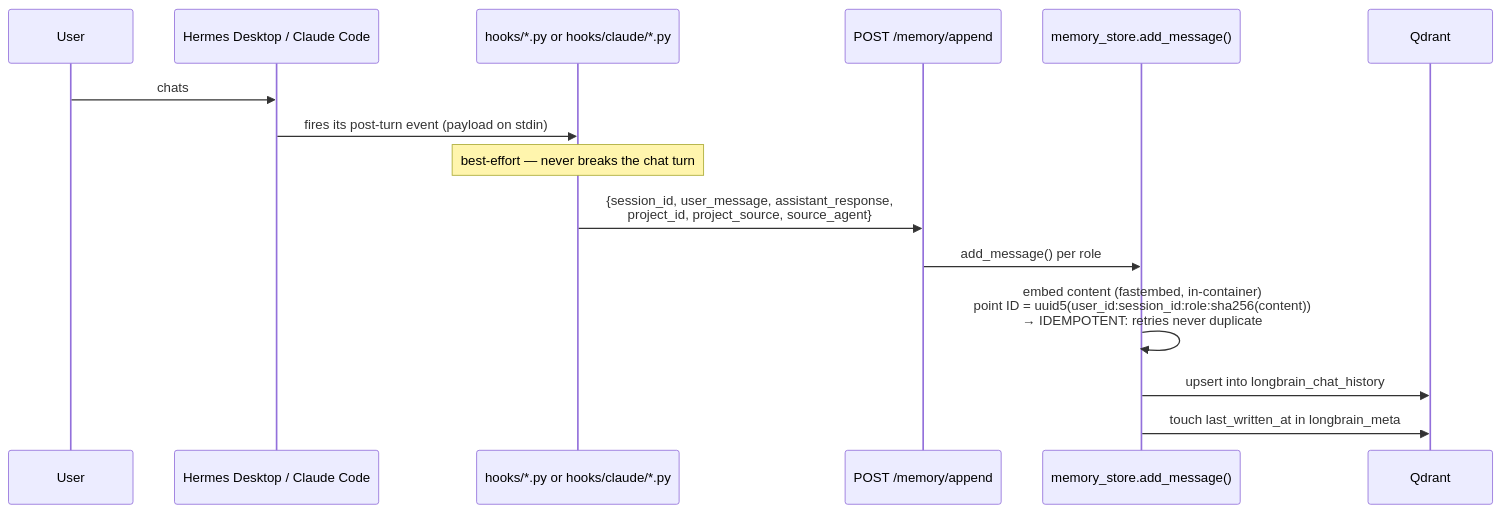
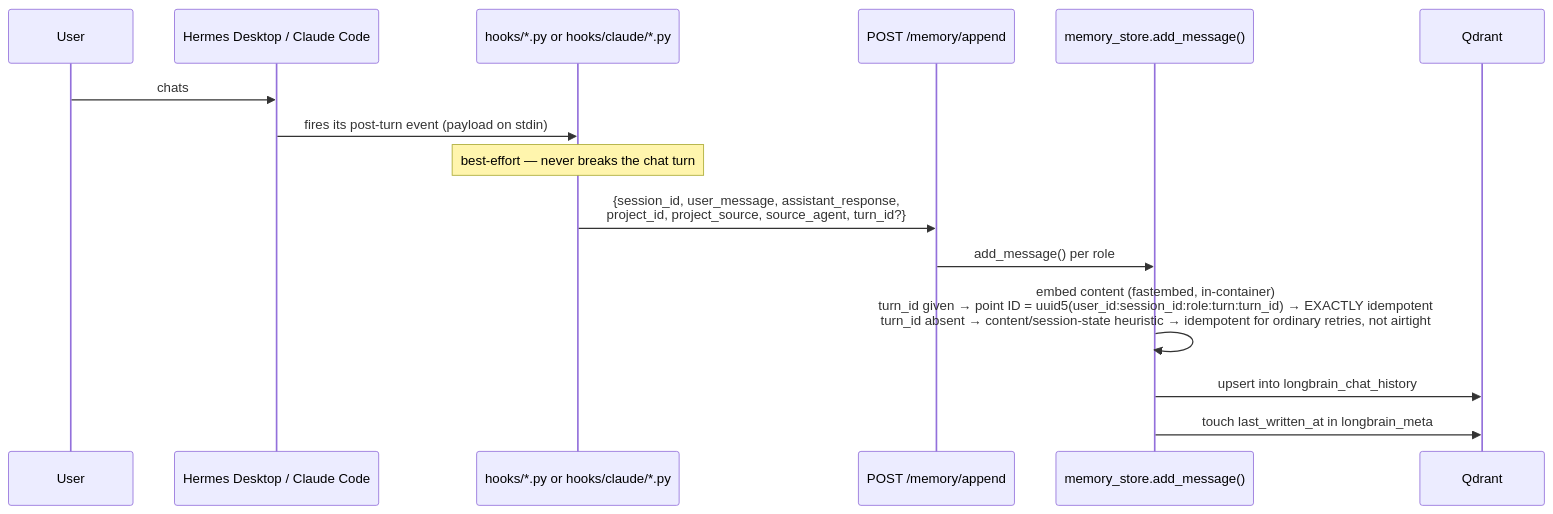
The second of 5 diagrams in docs/ARCHITECTURE.md (ngocthanh06/hermes-longterm-memory), drawn with Mermaid before and after one commit. The commit also changed other lines of this file and 8 other files, not shown here.

````diff
--- a/docs/ARCHITECTURE.md
+++ b/docs/ARCHITECTURE.md
@@ -63,18 +63,18 @@
 ```mermaid
 sequenceDiagram
     participant User
     participant Agent as Hermes Desktop / Claude Code
     participant Hook as hooks/*.py or hooks/claude/*.py
     participant API as POST /memory/append
     participant Store as memory_store.add_message()
     participant Qdrant
 
     User->>Agent: chats
     Agent->>Hook: fires its post-turn event (payload on stdin)
     Note over Hook: best-effort — never breaks the chat turn
-    Hook->>API: {session_id, user_message, assistant_response,<br/>project_id, project_source, source_agent}
+    Hook->>API: {session_id, user_message, assistant_response,<br/>project_id, project_source, source_agent, turn_id?}
     API->>Store: add_message() per role
-    Store->>Store: embed content (fastembed, in-container)<br/>point ID = uuid5(user_id:session_id:role:sha256(content))<br/>→ IDEMPOTENT: retries never duplicate
+    Store->>Store: embed content (fastembed, in-container)<br/>turn_id given → point ID = uuid5(user_id:session_id:role:turn:turn_id) → EXACTLY idempotent<br/>turn_id absent → content/session-state heuristic → idempotent for ordinary retries, not airtight
     Store->>Qdrant: upsert into longbrain_chat_history
     Store->>Qdrant: touch last_written_at in longbrain_meta
 ```
````
